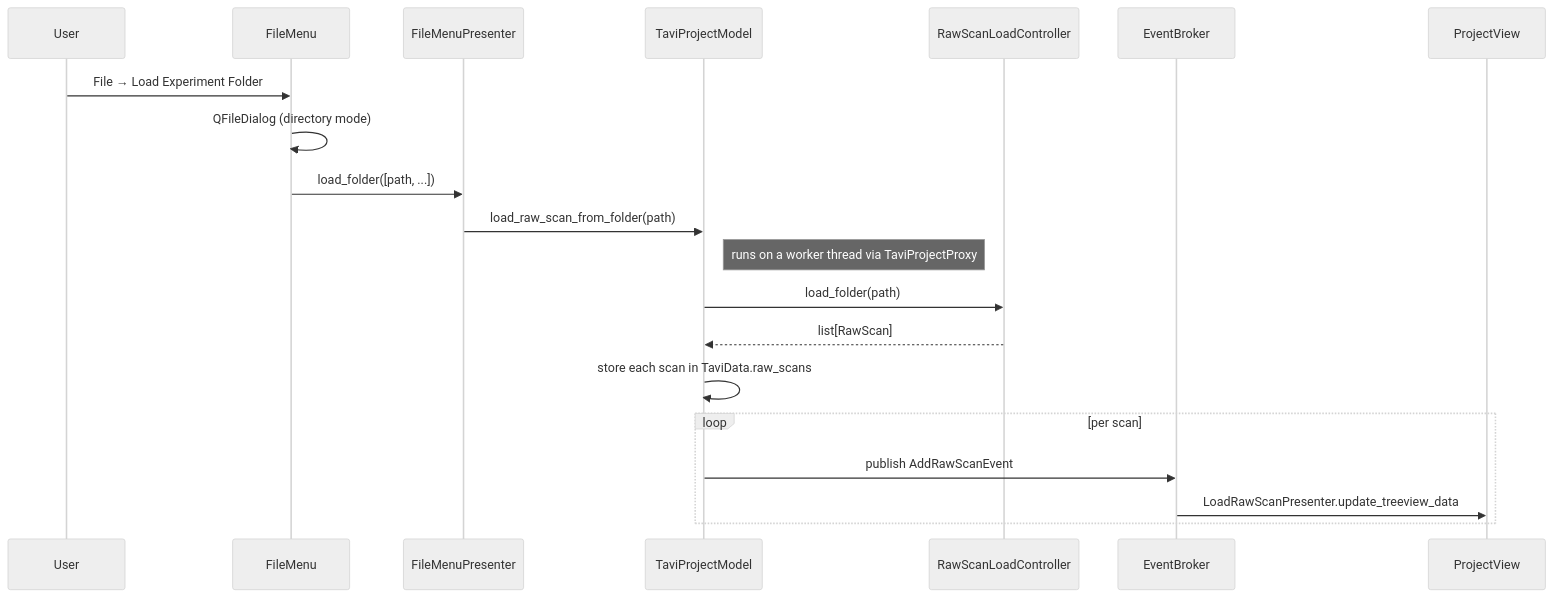
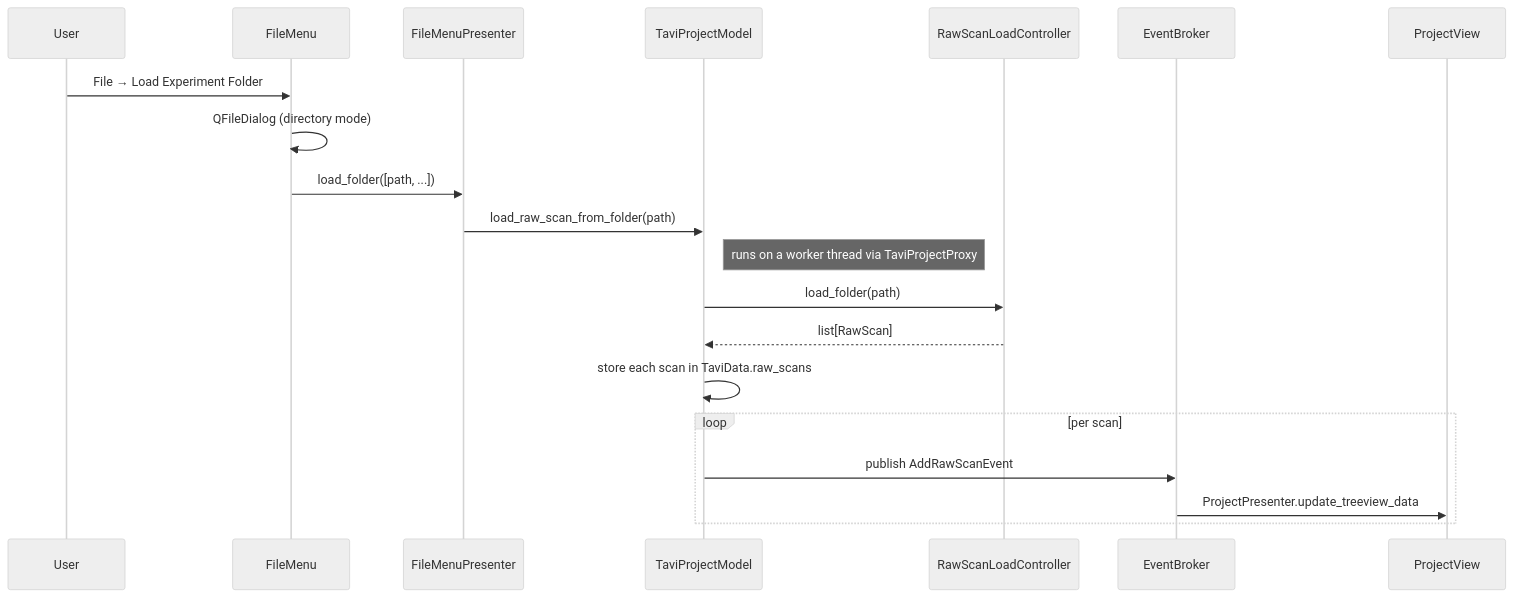
One commit to neutrons/TAVI changed the fifth of 5 diagrams in docs/source/design/taviclasses.rst. Above: the diagram before and after it, drawn with Mermaid (neutral theme). The commit also changed other lines of this file and 33 other files, not shown here.

```diff
--- a/docs/source/design/taviclasses.rst
+++ b/docs/source/design/taviclasses.rst
@@ -276,23 +277,23 @@
 .. mermaid::
 
     sequenceDiagram
         participant User
         participant FileMenu
         participant Presenter as FileMenuPresenter
         participant Model as TaviProjectModel
         participant Controller as RawScanLoadController
         participant Broker as EventBroker
         participant Tree as ProjectView
 
         User->>FileMenu: File → Load Experiment Folder
         FileMenu->>FileMenu: QFileDialog (directory mode)
         FileMenu->>Presenter: load_folder([path, ...])
         Presenter->>Model: load_raw_scan_from_folder(path)
         Note right of Model: runs on a worker thread via TaviProjectProxy
         Model->>Controller: load_folder(path)
         Controller-->>Model: list[RawScan]
         Model->>Model: store each scan in TaviData.raw_scans
         loop per scan
             Model->>Broker: publish AddRawScanEvent
-            Broker->>Tree: LoadRawScanPresenter.update_treeview_data
+            Broker->>Tree: ProjectPresenter.update_treeview_data
         end
```
